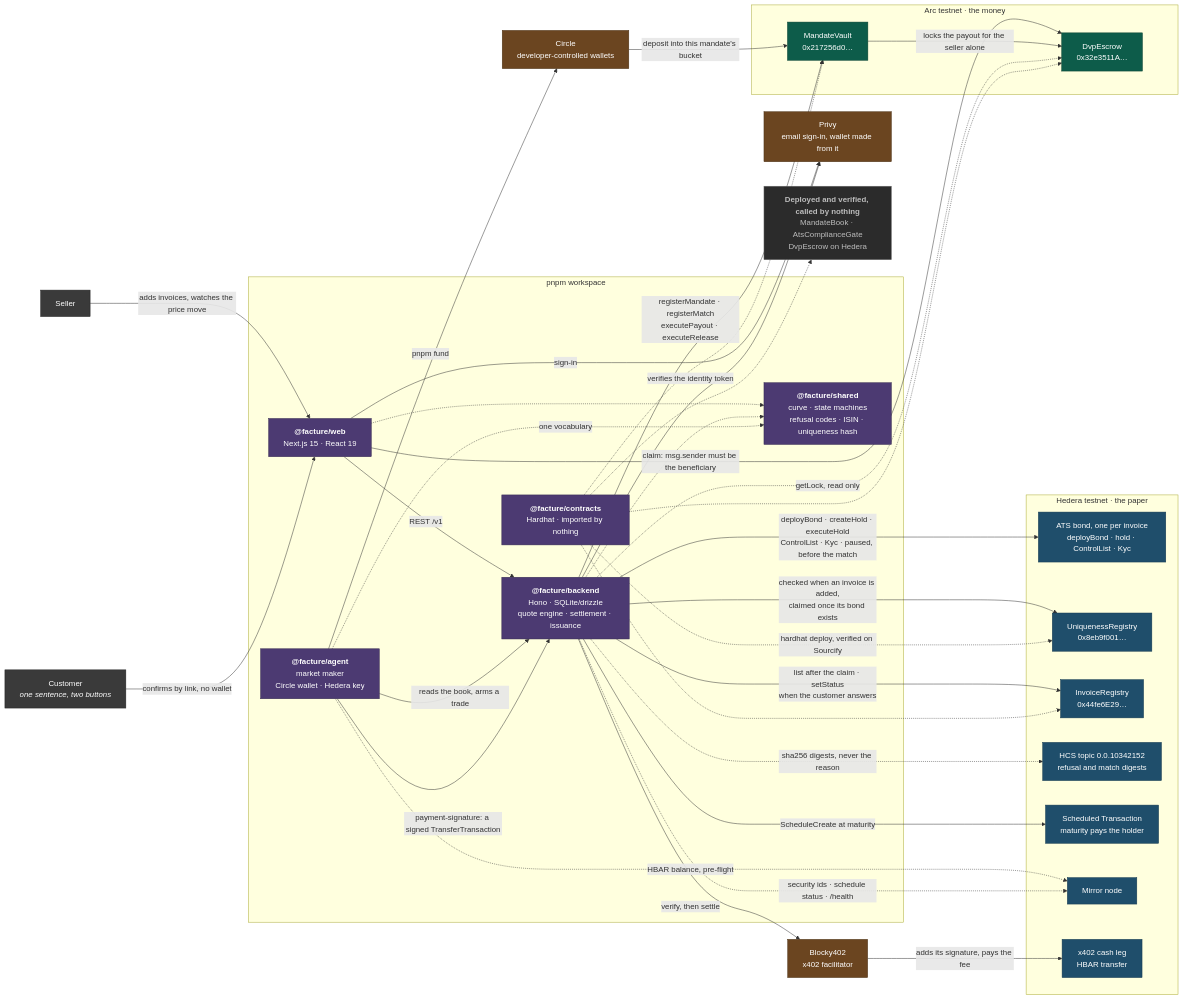
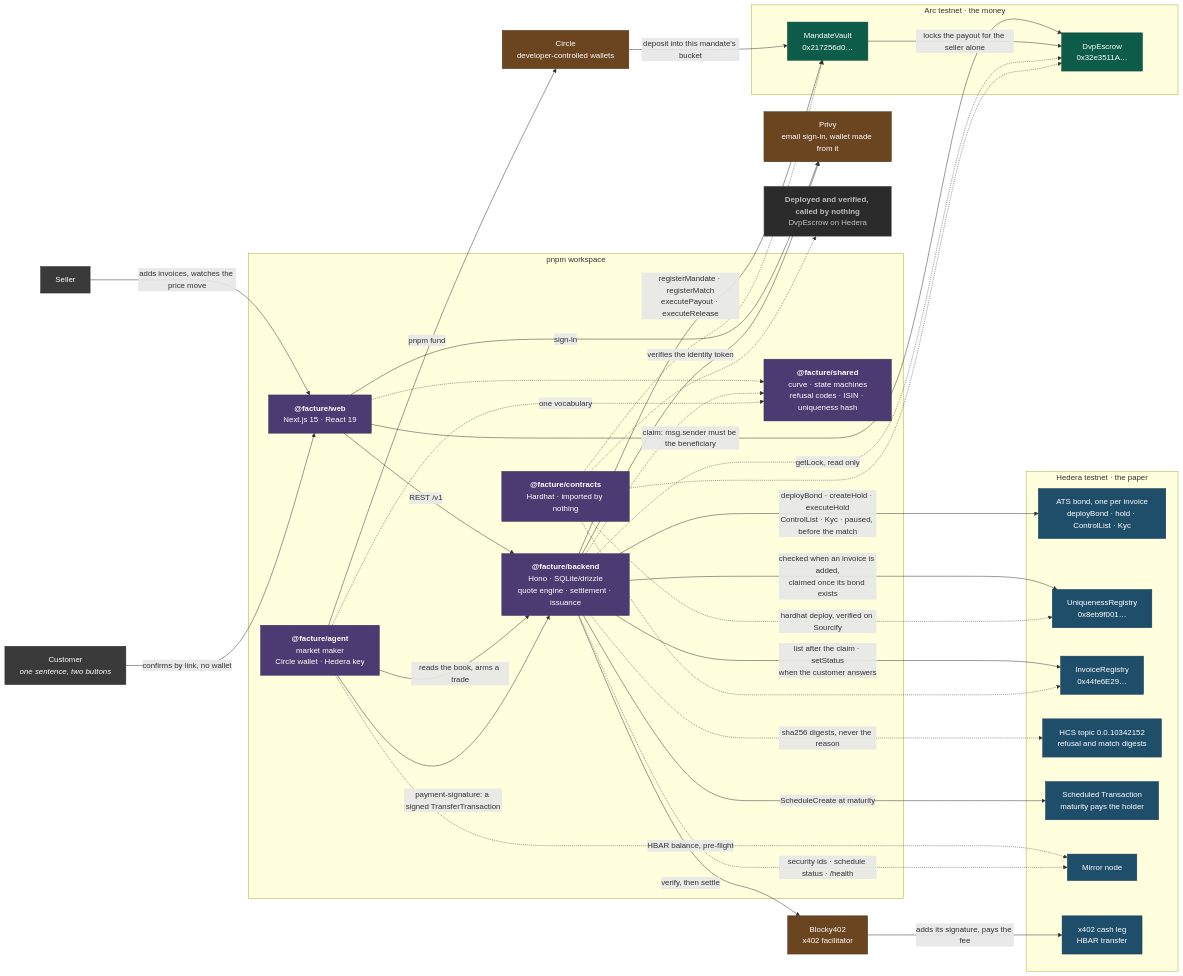
One commit to jagnani73/facture changed the second of 4 diagrams in README.md. Above: the diagram before and after it, drawn with Mermaid. The commit also changed other lines of this file and 1 other file, not shown here.

```diff
--- a/README.md
+++ b/README.md
@@ -465,7 +474,7 @@
         Esc["DvpEscrow<br/>0x32e3511A…"]
     end
 
-    Dead["<b>Deployed and verified, called by nothing</b><br/>MandateBook · AtsComplianceGate<br/>DvpEscrow on Hedera"]
+    Dead["<b>Deployed and verified, called by nothing</b><br/>DvpEscrow on Hedera"]
 
     Seller -->|"adds invoices, watches the price move"| Web
     Debtor -->|"confirms by link, no wallet"| Web
```
